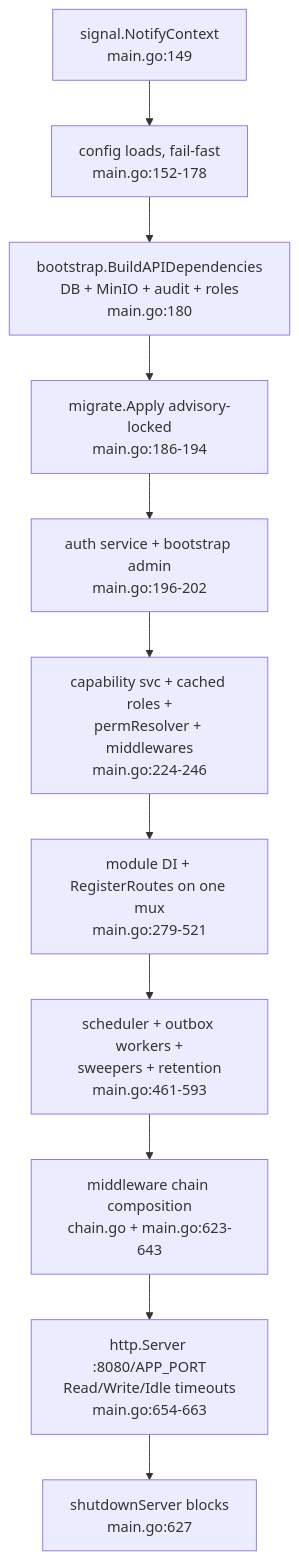
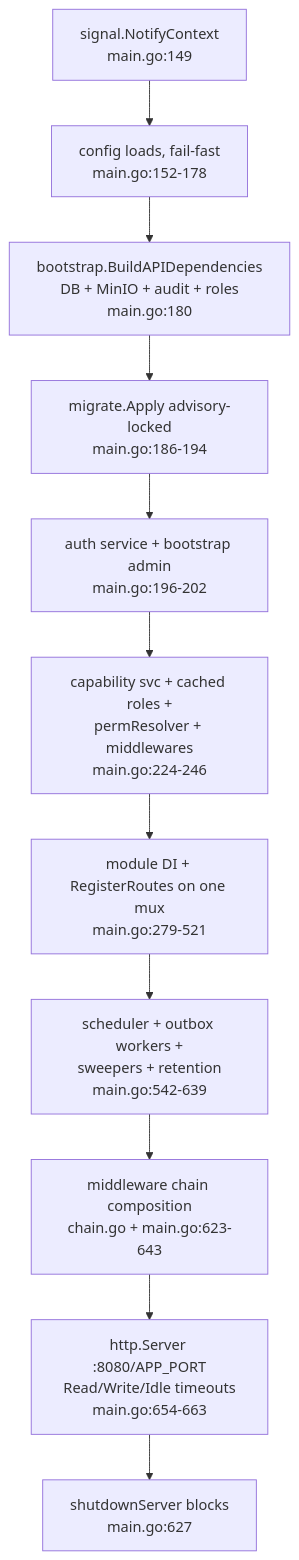
Before and after one commit to developmentconexus-ops/MetalDocs: the first of 4 diagrams in wiki/backend/http-kernel.md, drawn with Mermaid. The commit also changed other lines of this file and 16 other files, not shown here.

````diff
--- a/wiki/backend/http-kernel.md
+++ b/wiki/backend/http-kernel.md
@@ -89,13 +89,13 @@
 ```mermaid
 flowchart TD
     SIG[signal.NotifyContext<br/>main.go:149] --> CFG[config loads, fail-fast<br/>main.go:152-178]
     CFG --> DEPS[bootstrap.BuildAPIDependencies<br/>DB + MinIO + audit + roles<br/>main.go:180]
     DEPS --> MIG[migrate.Apply advisory-locked<br/>main.go:186-194]
     MIG --> AUTH[auth service + bootstrap admin<br/>main.go:196-202]
     AUTH --> AUTHZ[capability svc + cached roles +<br/>permResolver + middlewares<br/>main.go:224-246]
     AUTHZ --> MOUNT[module DI + RegisterRoutes on one mux<br/>main.go:279-521]
-    MOUNT --> BG[scheduler + outbox workers +<br/>sweepers + retention<br/>main.go:461-593]
+    MOUNT --> BG[scheduler + outbox workers +<br/>sweepers + retention<br/>main.go:542-639]
     BG --> CHAIN[middleware chain composition<br/>chain.go + main.go:623-643]
     CHAIN --> SRV[http.Server :8080/APP_PORT<br/>Read/Write/Idle timeouts<br/>main.go:654-663]
     SRV --> SHUT[shutdownServer blocks<br/>main.go:627]
 ```
````
